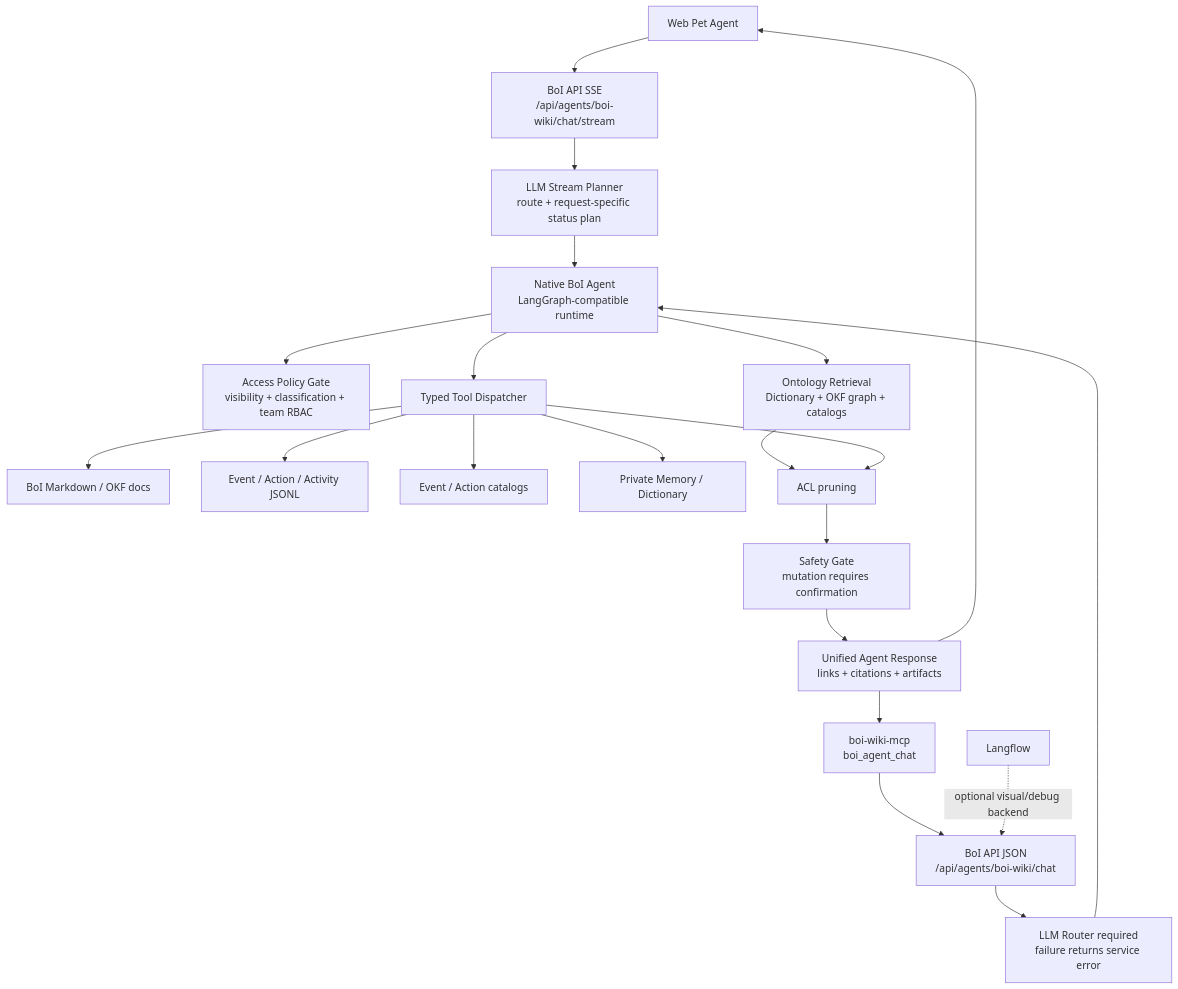
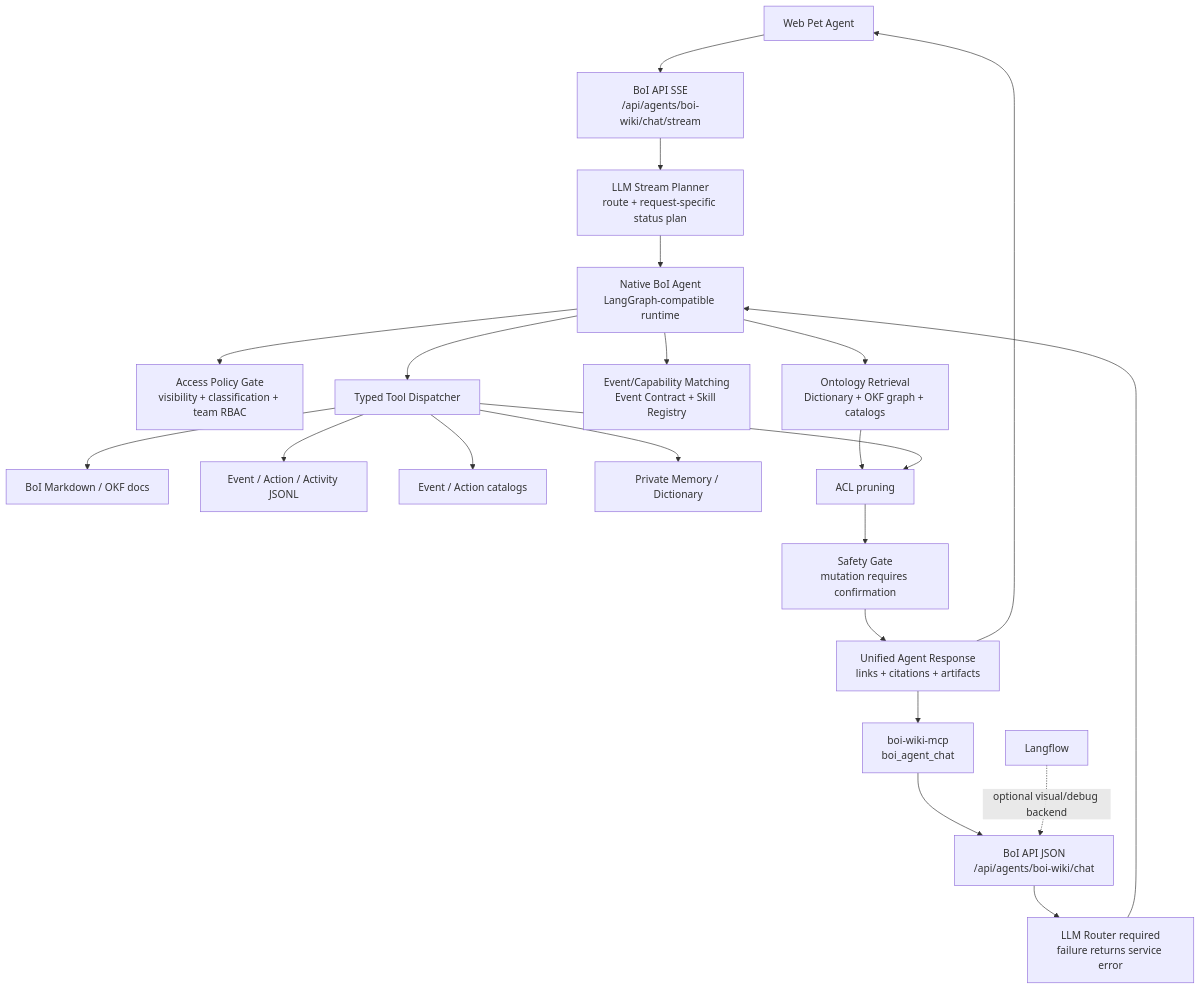
Before and after one commit to chokukil/boi-wiki: the first of 2 diagrams in data/boi/public/boi-wiki-manual/agent/native-boi-agent-architecture.md, drawn with Mermaid. The commit also changed other lines of this file and 36 other files, not shown here.

````diff
--- a/data/boi/public/boi-wiki-manual/agent/native-boi-agent-architecture.md
+++ b/data/boi/public/boi-wiki-manual/agent/native-boi-agent-architecture.md
@@ -36,23 +38,24 @@
 ```mermaid
 flowchart TD
   UI["Web Pet Agent"] --> STREAM["BoI API SSE<br/>/api/agents/boi-wiki/chat/stream"]
   STREAM --> PLAN["LLM Stream Planner<br/>route + request-specific status plan"]
   PLAN --> AGENT
   MCP["boi-wiki-mcp<br/>boi_agent_chat"] --> API
   API["BoI API JSON<br/>/api/agents/boi-wiki/chat"] --> ROUTER["LLM Router required<br/>failure returns service error"]
   ROUTER --> AGENT["Native BoI Agent<br/>LangGraph-compatible runtime"]
   AGENT --> ACL["Access Policy Gate<br/>visibility + classification + team RBAC"]
   AGENT --> RET["Ontology Retrieval<br/>Dictionary + OKF graph + catalogs"]
+  AGENT --> CAP["Event/Capability Matching<br/>Event Contract + Skill Registry"]
   AGENT --> TOOLS["Typed Tool Dispatcher"]
   TOOLS --> DOCS["BoI Markdown / OKF docs"]
   TOOLS --> LOGS["Event / Action / Activity JSONL"]
   TOOLS --> CAT["Event / Action catalogs"]
   TOOLS --> MEM["Private Memory / Dictionary"]
   RET --> ACL2["ACL pruning"]
   TOOLS --> ACL2
   ACL2 --> SAFE["Safety Gate<br/>mutation requires confirmation"]
   SAFE --> OUT["Unified Agent Response<br/>links + citations + artifacts"]
   OUT --> UI
   OUT --> MCP
   LF["Langflow"] -. "optional visual/debug backend" .-> API
 ```
````
